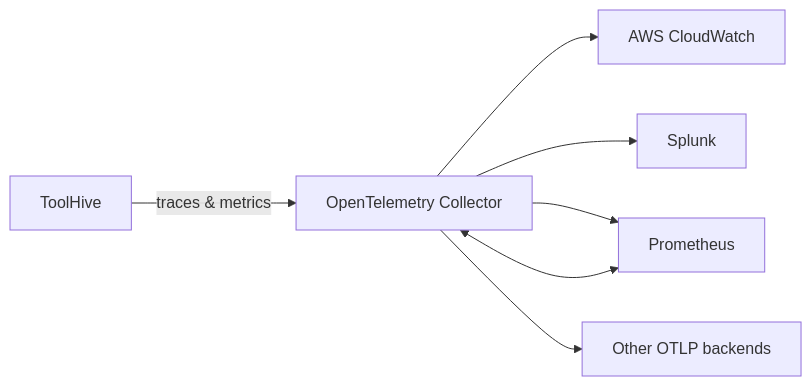
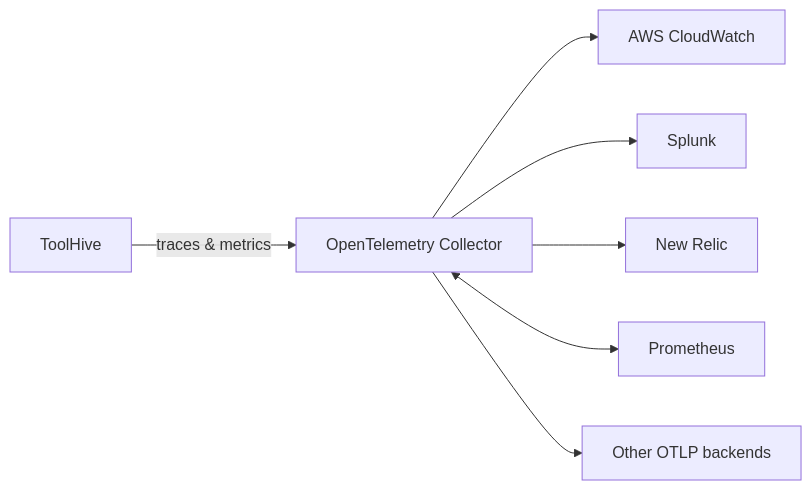
One commit to stacklok/docs-website changed the diagram in docs/toolhive/guides-k8s/telemetry-and-metrics.md. Above: the diagram before and after it, drawn with Mermaid.

Commit message:
modify mermaid diagram

````diff
--- a/docs/toolhive/guides-k8s/telemetry-and-metrics.md
+++ b/docs/toolhive/guides-k8s/telemetry-and-metrics.md
@@ -127,9 +127,9 @@
 ```mermaid
 graph LR
     A[ToolHive] -->|traces & metrics| B[OpenTelemetry Collector]
     B --> C[AWS CloudWatch]
     B --> D[Splunk]
     B --> E[New Relic]
-    B <--> E[Prometheus]
-    B --> F[Other OTLP backends]
+    B <--> F[Prometheus]
+    B --> G[Other OTLP backends]
 ```
````
